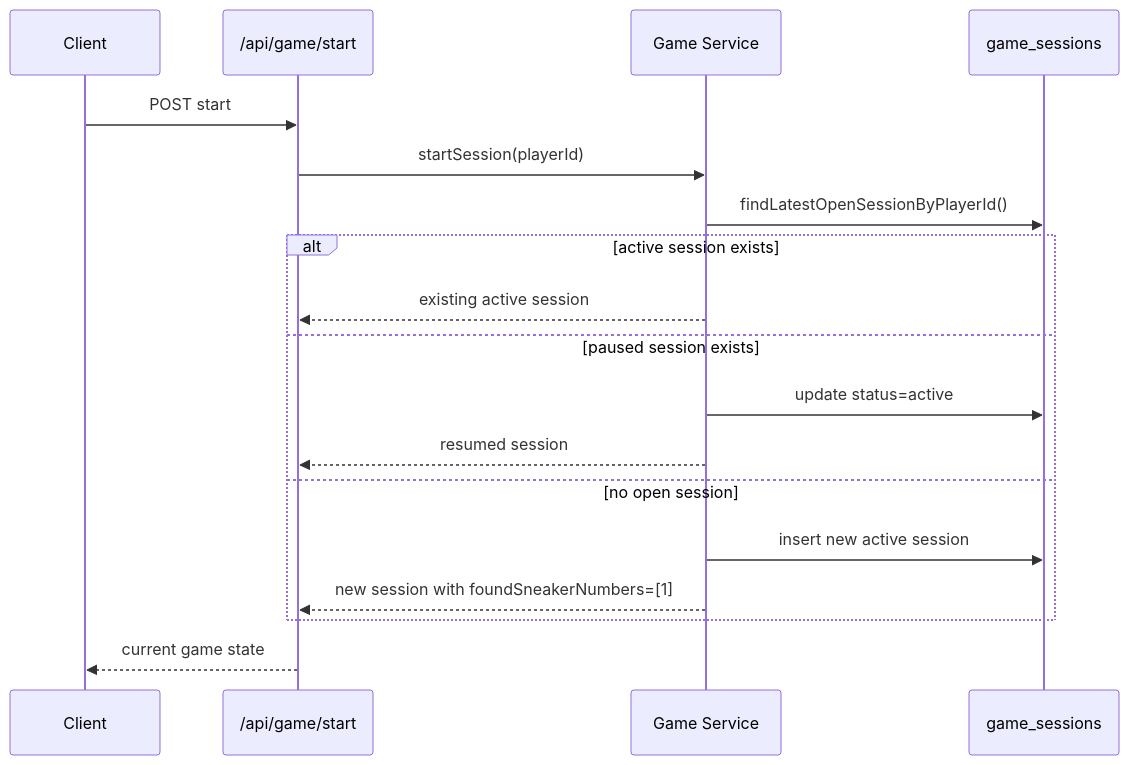
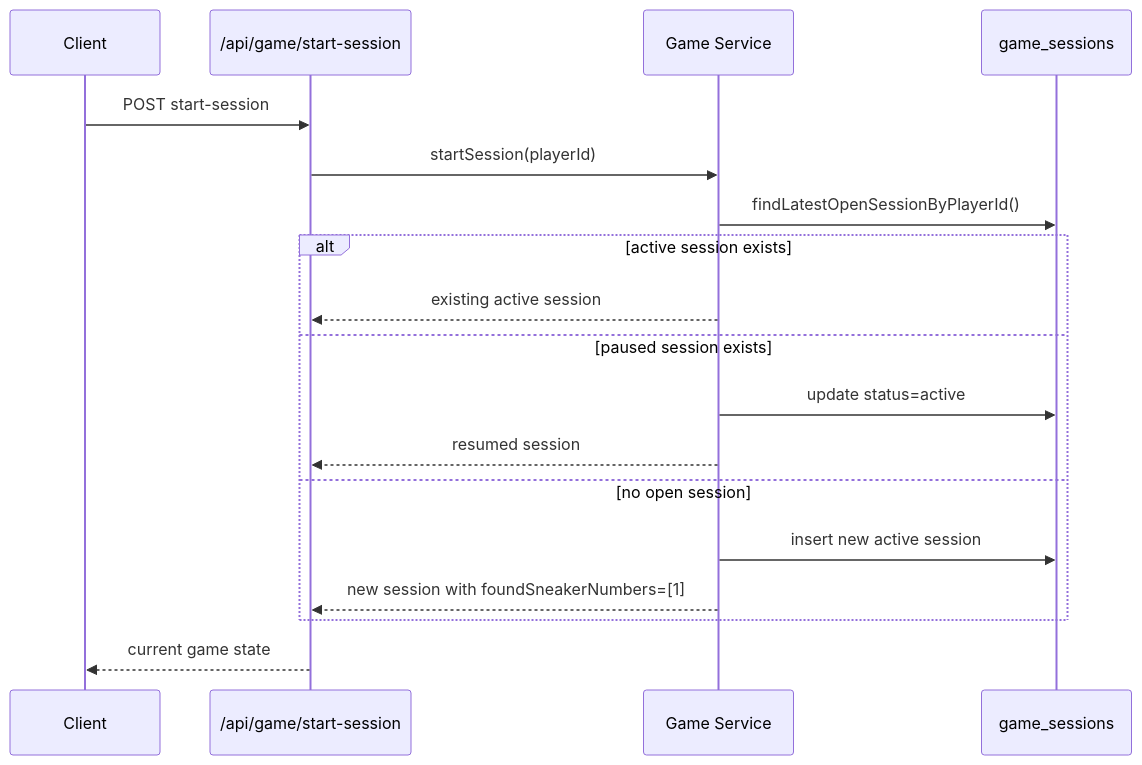
The fourth of 9 diagrams in docs/sequences.md (viscosha1575/lamoda-adidas), drawn with Mermaid before and after one commit. The commit also changed other lines of this file and 12 other files, not shown here.

Commit message:
Simplify game API and reset session sneaker state

````diff
--- a/docs/sequences.md
+++ b/docs/sequences.md
@@ -58,21 +58,21 @@
 ```mermaid
 sequenceDiagram
     participant Client
-    participant API as /api/game/start
+    participant API as /api/game/start-session
     participant Game as Game Service
     participant DB as game_sessions
 
-    Client->>API: POST start
+    Client->>API: POST start-session
     API->>Game: startSession(playerId)
     Game->>DB: findLatestOpenSessionByPlayerId()
     alt active session exists
         Game-->>API: existing active session
     else paused session exists
         Game->>DB: update status=active
         Game-->>API: resumed session
     else no open session
         Game->>DB: insert new active session
         Game-->>API: new session with foundSneakerNumbers=[1]
     end
     API-->>Client: current game state
 ```
````
